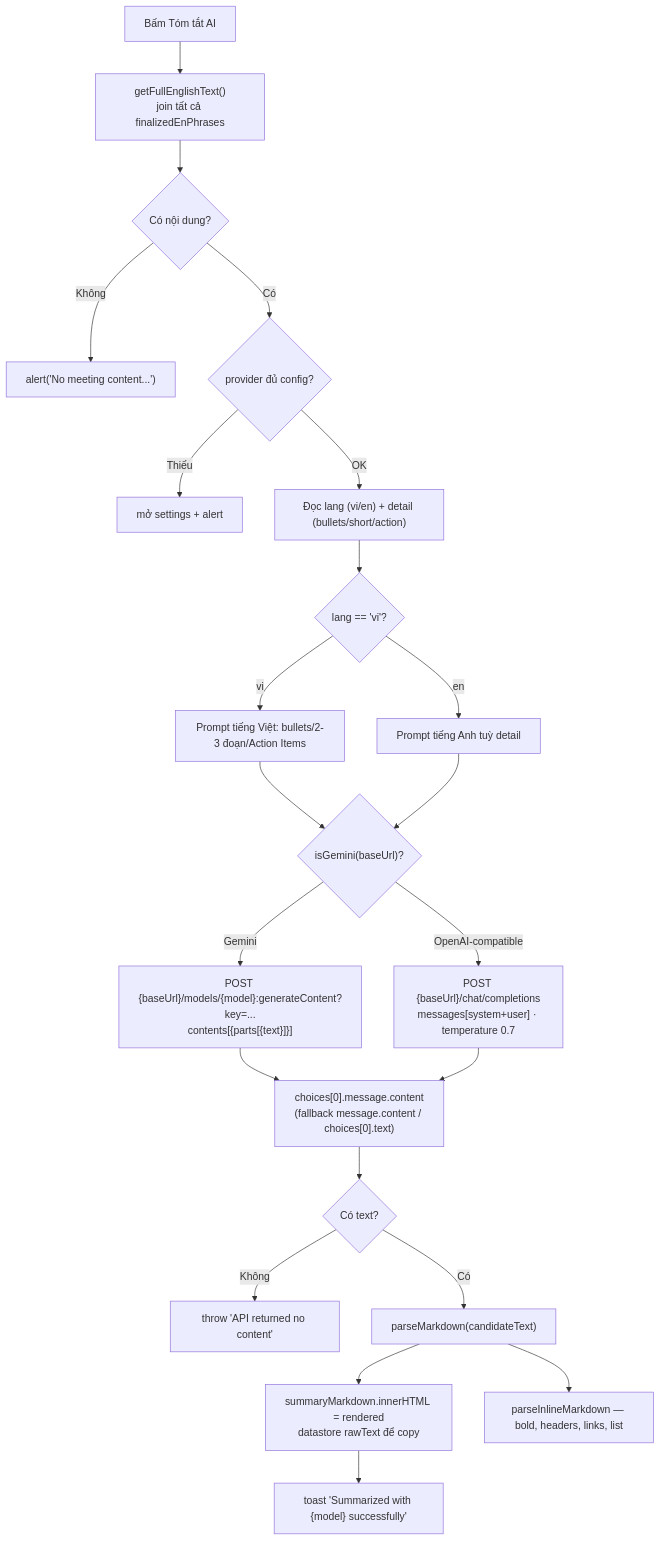
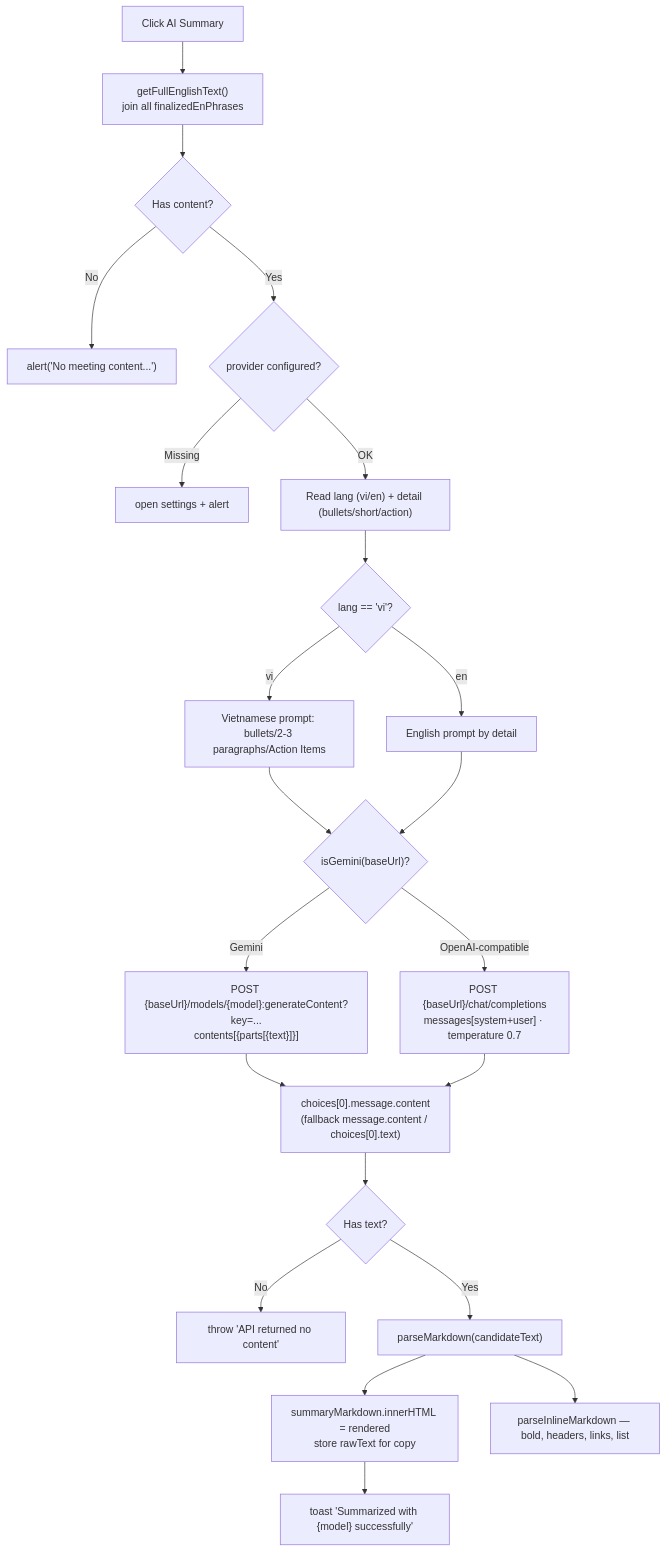
Before and after one commit to nbhson/app-live-translate-extension: the seventh of 9 diagrams in README.md, drawn with Mermaid. The commit also changed other lines of this file, not shown here.

First line of the commit message:
docs: translate README to English

````diff
--- a/README.md
+++ b/README.md
@@ -284,28 +284,28 @@
 ```mermaid
 flowchart TD
-    A["Bấm Tóm tắt AI"] --> B["getFullEnglishText()<br/>join tất cả finalizedEnPhrases"]
-    B --> C{"Có nội dung?"}
-    C -- "Không" --> ER["alert('No meeting content...')"]
-    C -- "Có" --> D{"provider đủ config?"}
-    D -- "Thiếu" --> ER2["mở settings + alert"]
-    D -- "OK" --> E["Đọc lang (vi/en) + detail (bullets/short/action)"]
+    A["Click AI Summary"] --> B["getFullEnglishText()<br/>join all finalizedEnPhrases"]
+    B --> C{"Has content?"}
+    C -- "No" --> ER["alert('No meeting content...')"]
+    C -- "Yes" --> D{"provider configured?"}
+    D -- "Missing" --> ER2["open settings + alert"]
+    D -- "OK" --> E["Read lang (vi/en) + detail (bullets/short/action)"]
 
     E --> F{"lang == 'vi'?"}
-    F -- "vi" --> G["Prompt tiếng Việt: bullets/2-3 đoạn/Action Items"]
-    F -- "en" --> H["Prompt tiếng Anh tuỳ detail"]
+    F -- "vi" --> G["Vietnamese prompt: bullets/2-3 paragraphs/Action Items"]
+    F -- "en" --> H["English prompt by detail"]
 
     G --> I{"isGemini(baseUrl)?"}
     H --> I
     I -- "Gemini" --> J["POST {baseUrl}/models/{model}:generateContent?key=...<br/>contents[{parts[{text}]}]"]
     I -- "OpenAI-compatible" --> K["POST {baseUrl}/chat/completions<br/>messages[system+user] · temperature 0.7"]
 
     J --> L["candidates[0].content.parts[0].text"]
     K --> L["choices[0].message.content<br/>(fallback message.content / choices[0].text)"]
-    L --> M{"Có text?"}
-    M -- "Không" --> ER3["throw 'API returned no content'"]
-    M -- "Có" --> N["parseMarkdown(candidateText)"]
-    N --> O["summaryMarkdown.innerHTML = rendered<br/>datastore rawText để copy"]
+    L --> M{"Has text?"}
+    M -- "No" --> ER3["throw 'API returned no content'"]
+    M -- "Yes" --> N["parseMarkdown(candidateText)"]
+    N --> O["summaryMarkdown.innerHTML = rendered<br/>store rawText for copy"]
     O --> P["toast 'Summarized with {model} successfully'"]
 
     N --> Q["parseInlineMarkdown — bold, headers, links, list"]
 ```
````
